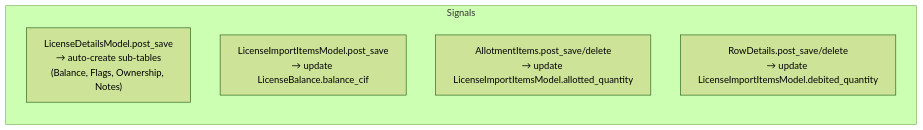
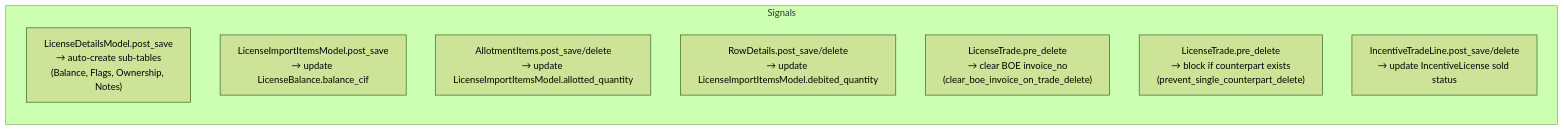
Before and after one commit to sottanyhardik/license-manager: the diagram in docs/05-database.md, drawn with Mermaid (forest theme). The commit also changed other lines of this file and 4 other files, not shown here.

First line of the commit message:
Document trade deletion, force delete, sale quantity validation, and balance discrepancy

````diff
--- a/docs/05-database.md
+++ b/docs/05-database.md
@@ -342,9 +389,12 @@
 ```mermaid
 graph LR
     subgraph Signals
         S1["LicenseDetailsModel.post_save\n→ auto-create sub-tables\n(Balance, Flags, Ownership, Notes)"]
         S2["LicenseImportItemsModel.post_save\n→ update LicenseBalance.balance_cif"]
         S3["AllotmentItems.post_save/delete\n→ update LicenseImportItemsModel.allotted_quantity"]
         S4["RowDetails.post_save/delete\n→ update LicenseImportItemsModel.debited_quantity"]
+        S5["LicenseTrade.pre_delete\n→ clear BOE invoice_no\n(clear_boe_invoice_on_trade_delete)"]
+        S6["LicenseTrade.pre_delete\n→ block if counterpart exists\n(prevent_single_counterpart_delete)"]
+        S7["IncentiveTradeLine.post_save/delete\n→ update IncentiveLicense sold status"]
     end
 ```
````
